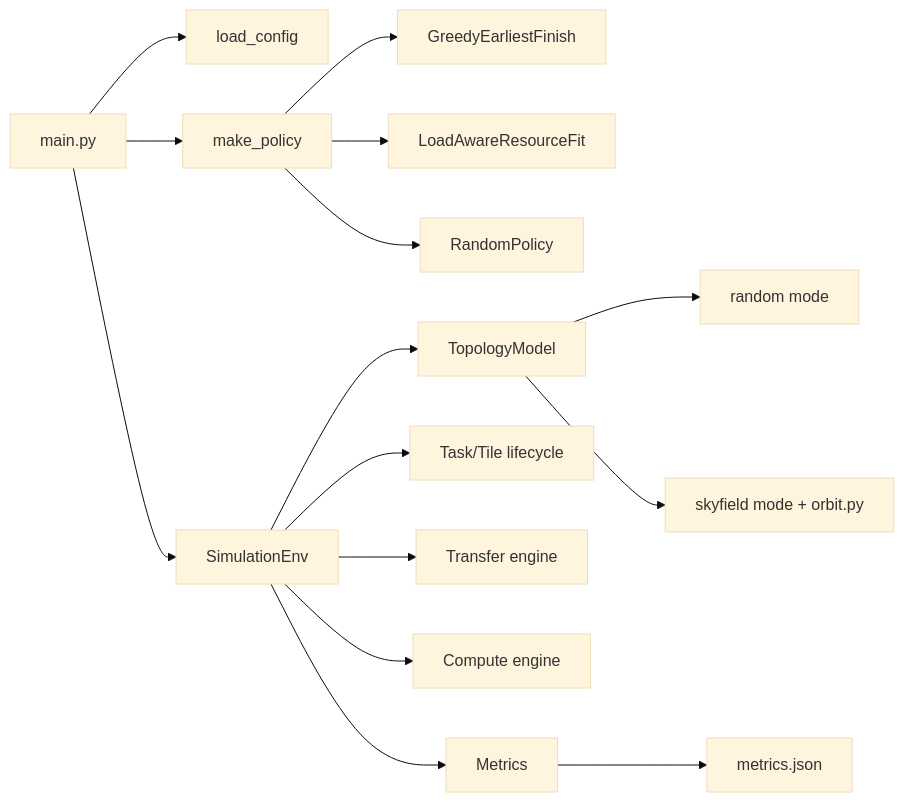
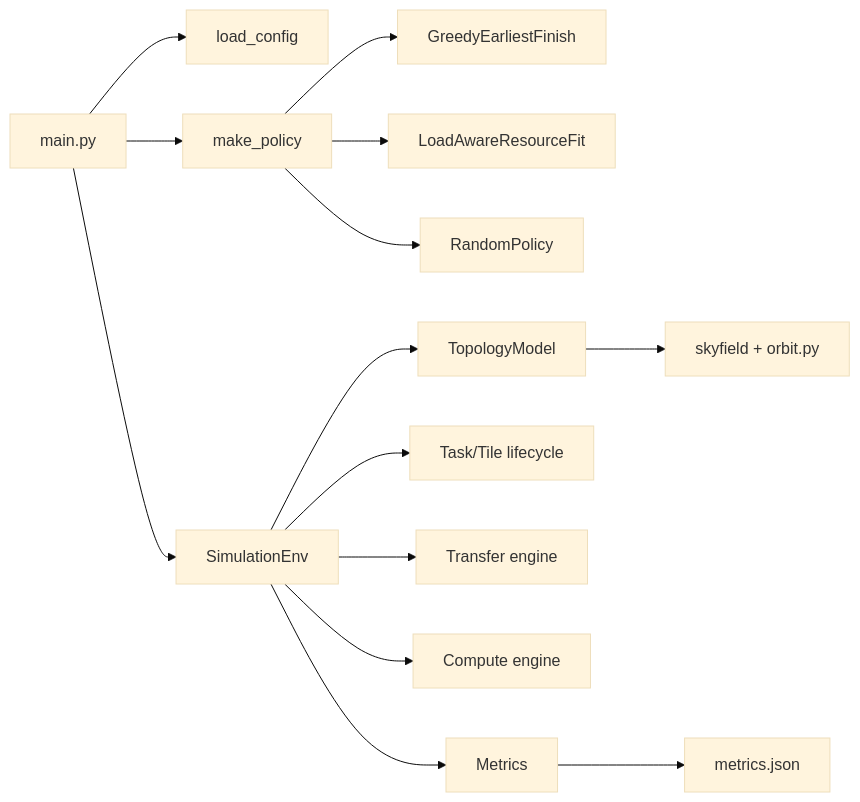
One commit to BUAA-TYZ/bs changed the first of 2 diagrams in README.md. Above: the diagram before and after it, drawn with Mermaid (base theme). The commit also changed other lines of this file and 4 other files, not shown here.

````diff
--- a/README.md
+++ b/README.md
@@ -20,17 +20,16 @@
 ```mermaid
 flowchart LR
     A[main.py] --> B[load_config]
     A --> C[make_policy]
     A --> D[SimulationEnv]
     C --> C1[GreedyEarliestFinish]
     C --> C2[LoadAwareResourceFit]
     C --> C3[RandomPolicy]
     D --> E[TopologyModel]
-    E --> E1[random mode]
-    E --> E2[skyfield mode + orbit.py]
+    E --> E1[skyfield + orbit.py]
     D --> F[Task/Tile lifecycle]
     D --> G[Transfer engine]
     D --> H[Compute engine]
     D --> I[Metrics]
     I --> J[metrics.json]
 ```
````
